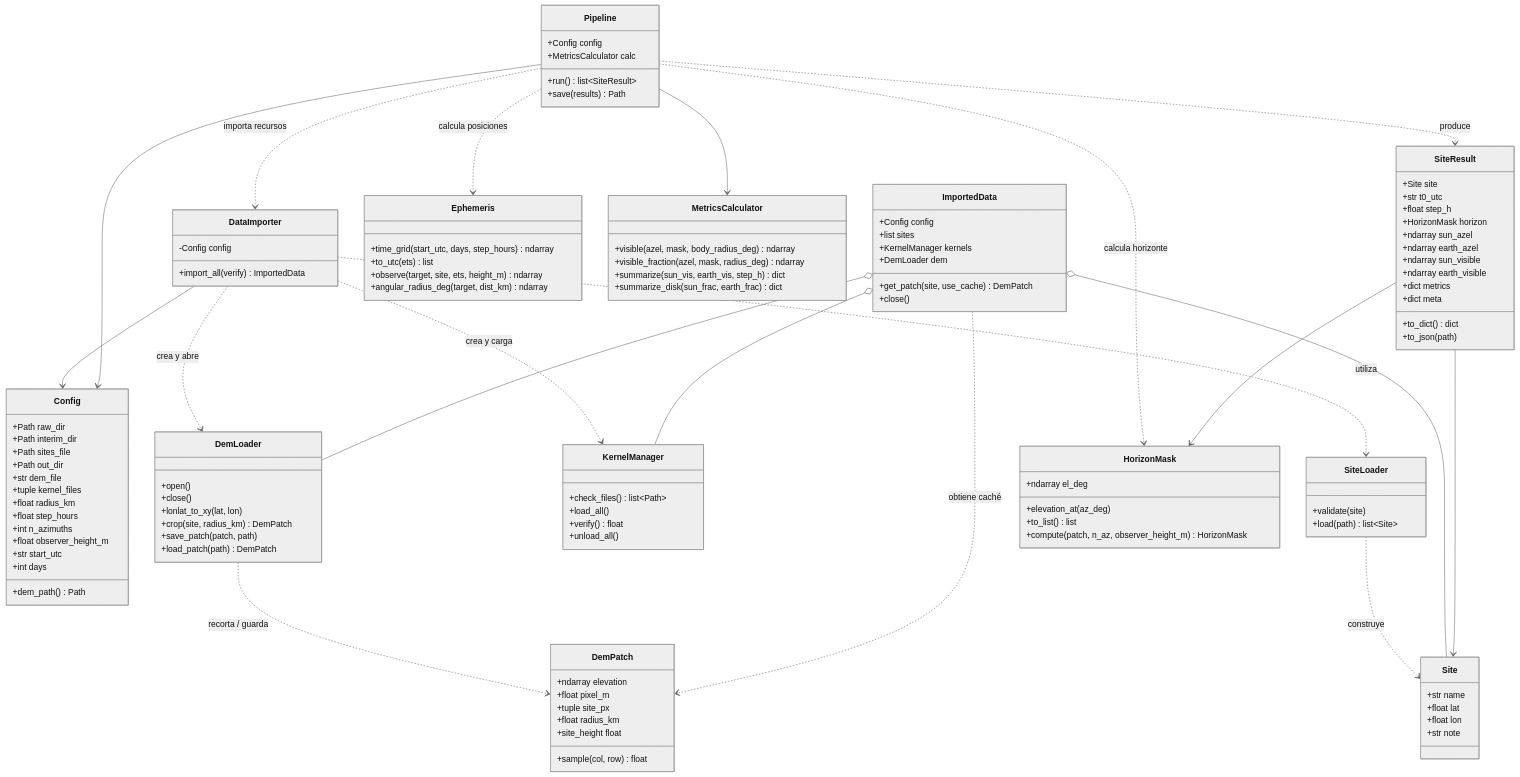
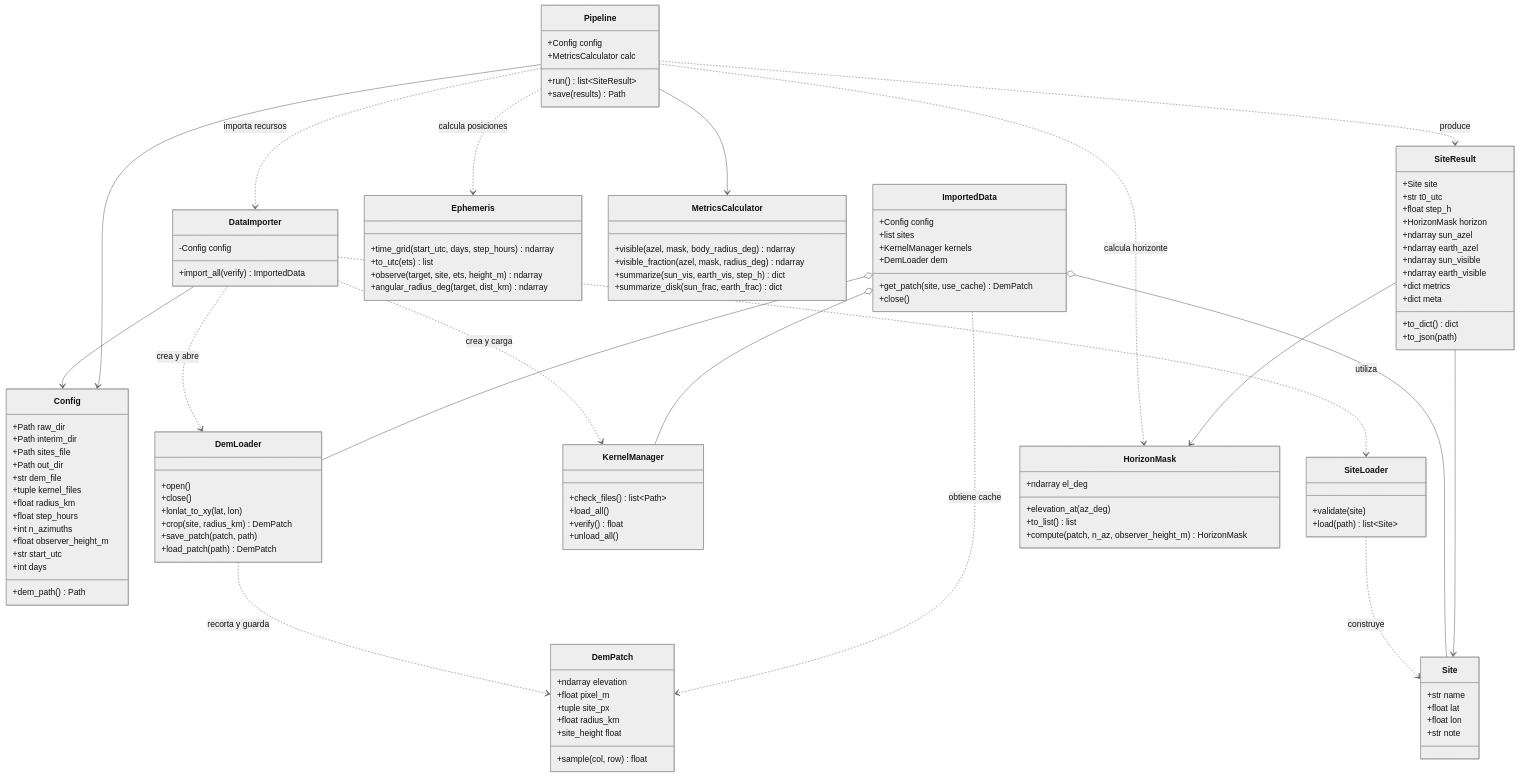
The second of 5 diagrams in README.md (Lotireye/HackatonNASA-SpaceApps), drawn with Mermaid (neutral theme) before and after one commit. The commit also changed other lines of this file, not shown here.

Commit message:
Ajustar mermaid charts

````diff
--- a/README.md
+++ b/README.md
@@ -212,118 +221,136 @@
 ```mermaid
 classDiagram
     class Config {
-      +Path raw_dir
-      +Path interim_dir
-      +Path sites_file
-      +Path out_dir
-      +str dem_file
-      +tuple kernel_files
-      +float radius_km
-      +float step_hours
-      +int n_azimuths
-      +float observer_height_m
-      +str start_utc
-      +int days
-      +dem_path() Path
+        +Path raw_dir
+        +Path interim_dir
+        +Path sites_file
+        +Path out_dir
+        +str dem_file
+        +tuple kernel_files
+        +float radius_km
+        +float step_hours
+        +int n_azimuths
+        +float observer_height_m
+        +str start_utc
+        +int days
+        +dem_path() Path
     }
+
     class DataImporter {
-      -Config config
-      +import_all(verify) ImportedData
+        -Config config
+        +import_all(verify) ImportedData
     }
+
     class ImportedData {
-      +Config config
-      +list sites
-      +KernelManager kernels
-      +DemLoader dem
-      +get_patch(site, use_cache) DemPatch
-      +close()
+        +Config config
+        +list sites
+        +KernelManager kernels
+        +DemLoader dem
+        +get_patch(site, use_cache) DemPatch
+        +close()
     }
+
     class SiteLoader {
-      +validate(site)
-      +load(path) list~Site~
+        +validate(site)
+        +load(path) list~Site~
     }
+
     class Site {
-      +str name
-      +float lat
-      +float lon
-      +str note
+        +str name
+        +float lat
+        +float lon
+        +str note
     }
+
     class KernelManager {
-      +check_files() list~Path~
-      +load_all()
-      +verify() float
-      +unload_all()
+        +check_files() list~Path~
+        +load_all()
+        +verify() float
+        +unload_all()
     }
+
     class DemLoader {
-      +open()
-      +close()
-      +lonlat_to_xy(lat, lon)
-      +crop(site, radius_km) DemPatch
-      +save_patch(patch, path)
-      +load_patch(path) DemPatch
+        +open()
+        +close()
+        +lonlat_to_xy(lat, lon)
+        +crop(site, radius_km) DemPatch
+        +save_patch(patch, path)
+        +load_patch(path) DemPatch
     }
+
     class DemPatch {
-      +ndarray elevation
-      +float pixel_m
-      +tuple site_px
-      +float radius_km
-      +sample(col, row) float
-      +site_height float
+        +ndarray elevation
+        +float pixel_m
+        +tuple site_px
+        +float radius_km
+        +sample(col, row) float
+        +site_height float
     }
+
     class Ephemeris {
-      +time_grid(start_utc, days, step_hours) ndarray
-      +to_utc(ets) list
-      +observe(target, site, ets, height_m) ndarray
-      +angular_radius_deg(target, dist_km) ndarray
+        +time_grid(start_utc, days, step_hours) ndarray
+        +to_utc(ets) list
+        +observe(target, site, ets, height_m) ndarray
+        +angular_radius_deg(target, dist_km) ndarray
     }
+
     class HorizonMask {
-      +ndarray el_deg
-      +elevation_at(az_deg)
-      +to_list() list
-      +compute(patch, n_az, observer_height_m) HorizonMask
+        +ndarray el_deg
+        +elevation_at(az_deg)
+        +to_list() list
+        +compute(patch, n_az, observer_height_m) HorizonMask
     }
+
     class MetricsCalculator {
-      +visible(azel, mask, body_radius_deg) ndarray
-      +visible_fraction(azel, mask, radius_deg) ndarray
-      +summarize(sun_vis, earth_vis, step_h) dict
-      +summarize_disk(sun_frac, earth_frac) dict
+        +visible(azel, mask, body_radius_deg) ndarray
+        +visible_fraction(azel, mask, radius_deg) ndarray
+        +summarize(sun_vis, earth_vis, step_h) dict
+        +summarize_disk(sun_frac, earth_frac) dict
     }
+
     class Pipeline {
-      +Config config
-      +MetricsCalculator calc
-      +run() list~SiteResult~
-      +save(results) Path
+        +Config config
+        +MetricsCalculator calc
+        +run() list~SiteResult~
+        +save(results) Path
     }
+
     class SiteResult {
-      +Site site
-      +str t0_utc
-      +float step_h
-      +HorizonMask horizon
-      +ndarray sun_azel
-      +ndarray earth_azel
-      +ndarray sun_visible
-      +ndarray earth_visible
-      +dict metrics
-      +dict meta
-      +to_dict() dict
-      +to_json(path)
+        +Site site
+        +str t0_utc
+        +float step_h
+        +HorizonMask horizon
+        +ndarray sun_azel
+        +ndarray earth_azel
+        +ndarray sun_visible
+        +ndarray earth_visible
+        +dict metrics
+        +dict meta
+        +to_dict() dict
+        +to_json(path)
     }
+
     DataImporter --> Config
     DataImporter ..> SiteLoader : utiliza
     DataImporter ..> KernelManager : crea y carga
     DataImporter ..> DemLoader : crea y abre
+
     SiteLoader ..> Site : construye
-    DemLoader ..> DemPatch : recorta / guarda
+
+    DemLoader ..> DemPatch : recorta y guarda
+
     ImportedData o-- Site
     ImportedData o-- KernelManager
     ImportedData o-- DemLoader
-    ImportedData ..> DemPatch : obtiene caché
+    ImportedData ..> DemPatch : obtiene cache
+
     Pipeline --> Config
     Pipeline --> MetricsCalculator
     Pipeline ..> DataImporter : importa recursos
     Pipeline ..> Ephemeris : calcula posiciones
     Pipeline ..> HorizonMask : calcula horizonte
     Pipeline ..> SiteResult : produce
+
     SiteResult --> Site
     SiteResult --> HorizonMask
 ```
````
